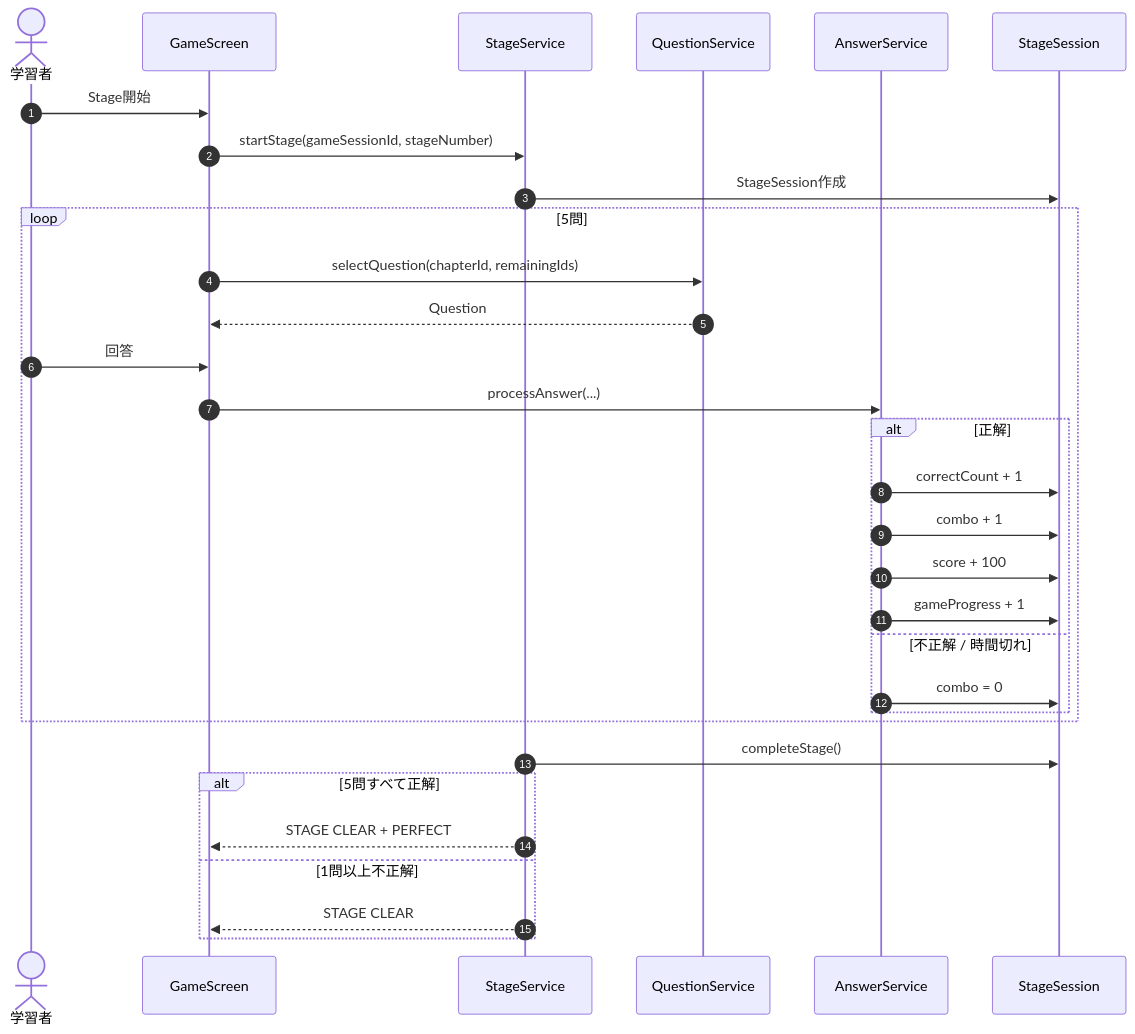
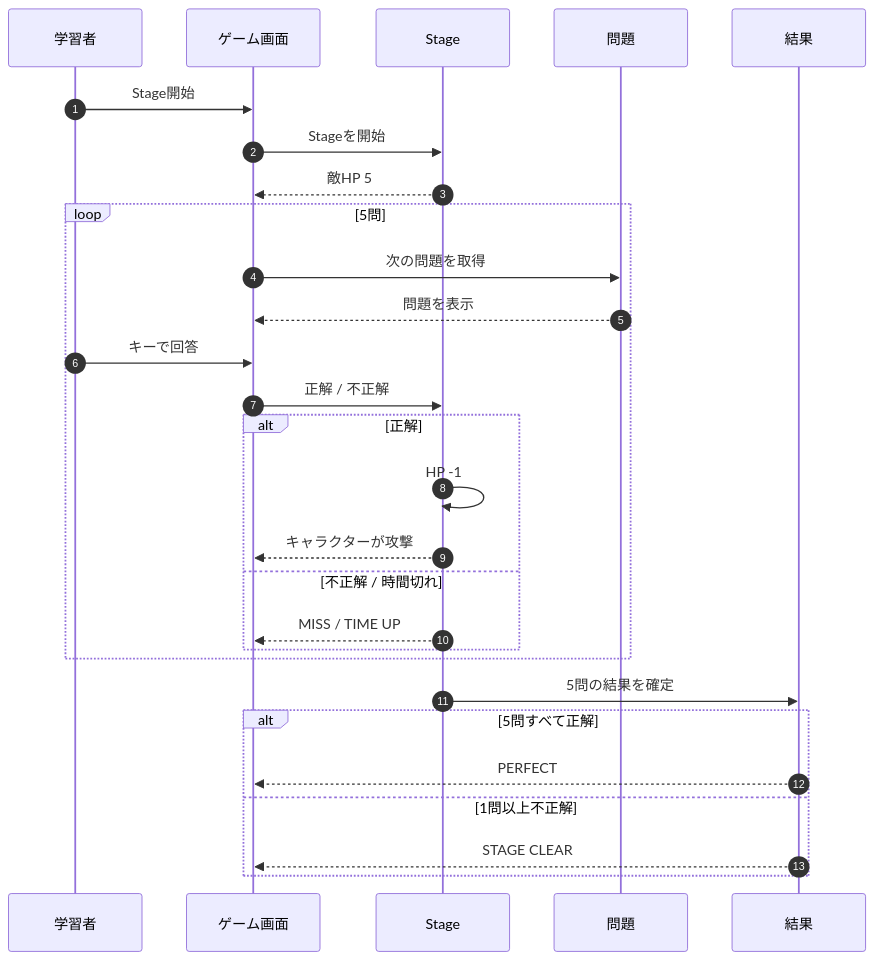
Before and after one commit to suu-dev-0203/graduation_JAVAgame: diagram 11 of 15 in README.md, drawn with Mermaid. The commit also changed other lines of this file, not shown here.

First line of the commit message:
READMEを初心者向けに更新し、ゲーム仕様と設計図を整理

````diff
--- a/README.md
+++ b/README.md
@@ -2187,40 +2056,34 @@
 ```mermaid
 sequenceDiagram
     autonumber
+    participant 学習者
+    participant ゲーム画面
+    participant Stage
+    participant 問題
+    participant 結果
 
-    actor User as 学習者
-    participant Game as GameScreen
-    participant Stage as StageService
-    participant Question as QuestionService
-    participant Answer as AnswerService
-    participant Session as StageSession
-
-    User->>Game: Stage開始
-    Game->>Stage: startStage(gameSessionId, stageNumber)
-    Stage->>Session: StageSession作成
+    学習者->>ゲーム画面: Stage開始
+    ゲーム画面->>Stage: Stageを開始
+    Stage-->>ゲーム画面: 敵HP 5
 
     loop 5問
-        Game->>Question: selectQuestion(chapterId, remainingIds)
-        Question-->>Game: Question
-
-        User->>Game: 回答
-        Game->>Answer: processAnswer(...)
+        ゲーム画面->>問題: 次の問題を取得
+        問題-->>ゲーム画面: 問題を表示
+        学習者->>ゲーム画面: キーで回答
+        ゲーム画面->>Stage: 正解 / 不正解
 
         alt 正解
-            Answer->>Session: correctCount + 1
-            Answer->>Session: combo + 1
-            Answer->>Session: score + 100
-            Answer->>Session: gameProgress + 1
+            Stage->>Stage: HP -1
+            Stage-->>ゲーム画面: キャラクターが攻撃
         else 不正解 / 時間切れ
-            Answer->>Session: combo = 0
+            Stage-->>ゲーム画面: MISS / TIME UP
         end
     end
 
-    Stage->>Session: completeStage()
-
+    Stage->>結果: 5問の結果を確定
     alt 5問すべて正解
-        Stage-->>Game: STAGE CLEAR + PERFECT
+        結果-->>ゲーム画面: PERFECT
     else 1問以上不正解
-        Stage-->>Game: STAGE CLEAR
+        結果-->>ゲーム画面: STAGE CLEAR
     end
 ```
````
